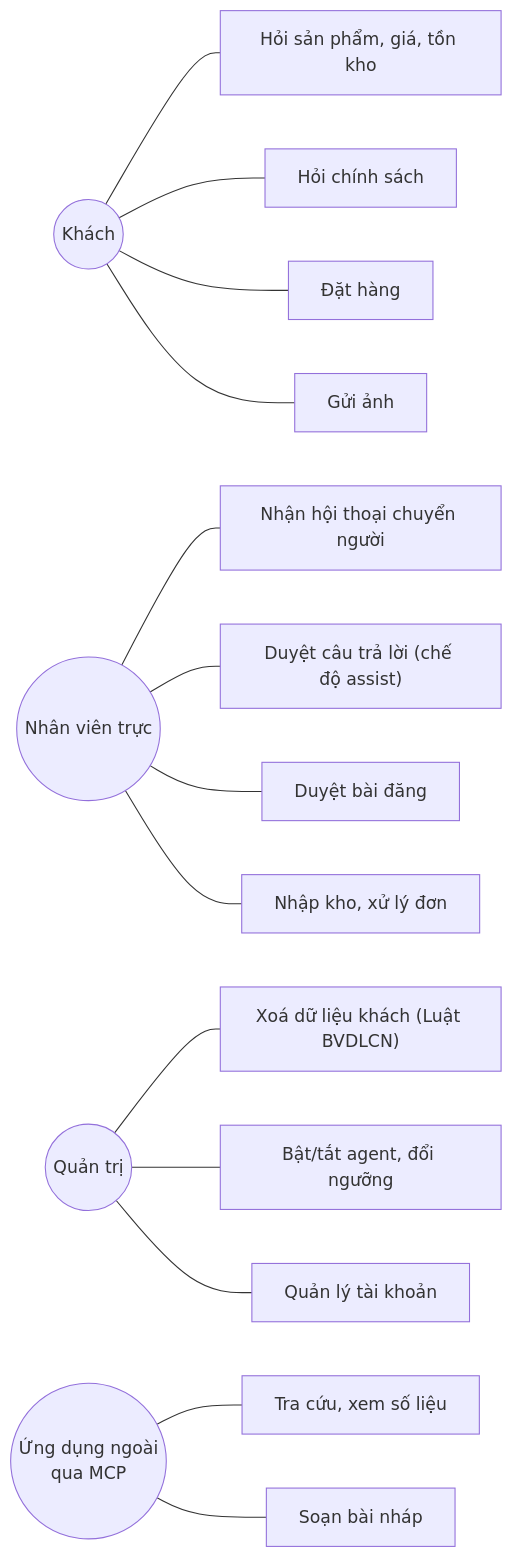
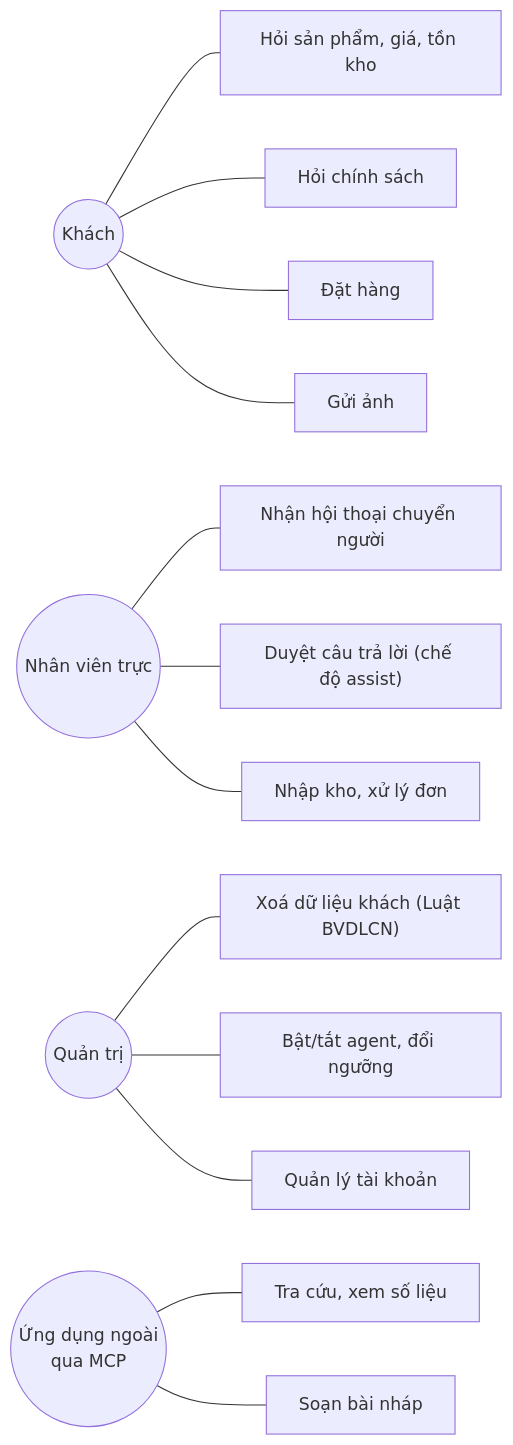
The third of 4 diagrams in docs/kien-truc.md (Harry-Kien/MarketingAgentDashboard), drawn with Mermaid before and after one commit. The commit also changed other lines of this file and 106 other files, not shown here.

First line of the commit message:
Gỡ tính năng video và đăng bài khỏi mã: hệ thống chỉ còn làm CSKH

````diff
--- a/docs/kien-truc.md
+++ b/docs/kien-truc.md
@@ -100,24 +98,23 @@
 ```mermaid
 flowchart LR
     khach((Khách))
     nv((Nhân viên trực))
     qt((Quản trị))
     ngoai((Ứng dụng ngoài<br/>qua MCP))
 
     khach --- u1["Hỏi sản phẩm, giá, tồn kho"]
     khach --- u2["Hỏi chính sách"]
     khach --- u3["Đặt hàng"]
     khach --- u4["Gửi ảnh"]
 
     nv --- u5["Nhận hội thoại chuyển người"]
     nv --- u6["Duyệt câu trả lời (chế độ assist)"]
-    nv --- u7["Duyệt bài đăng"]
     nv --- u8["Nhập kho, xử lý đơn"]
 
     qt --- u9["Xoá dữ liệu khách (Luật BVDLCN)"]
     qt --- u10["Bật/tắt agent, đổi ngưỡng"]
     qt --- u11["Quản lý tài khoản"]
 
     ngoai --- u12["Tra cứu, xem số liệu"]
     ngoai --- u13["Soạn bài nháp"]
 ```
````
